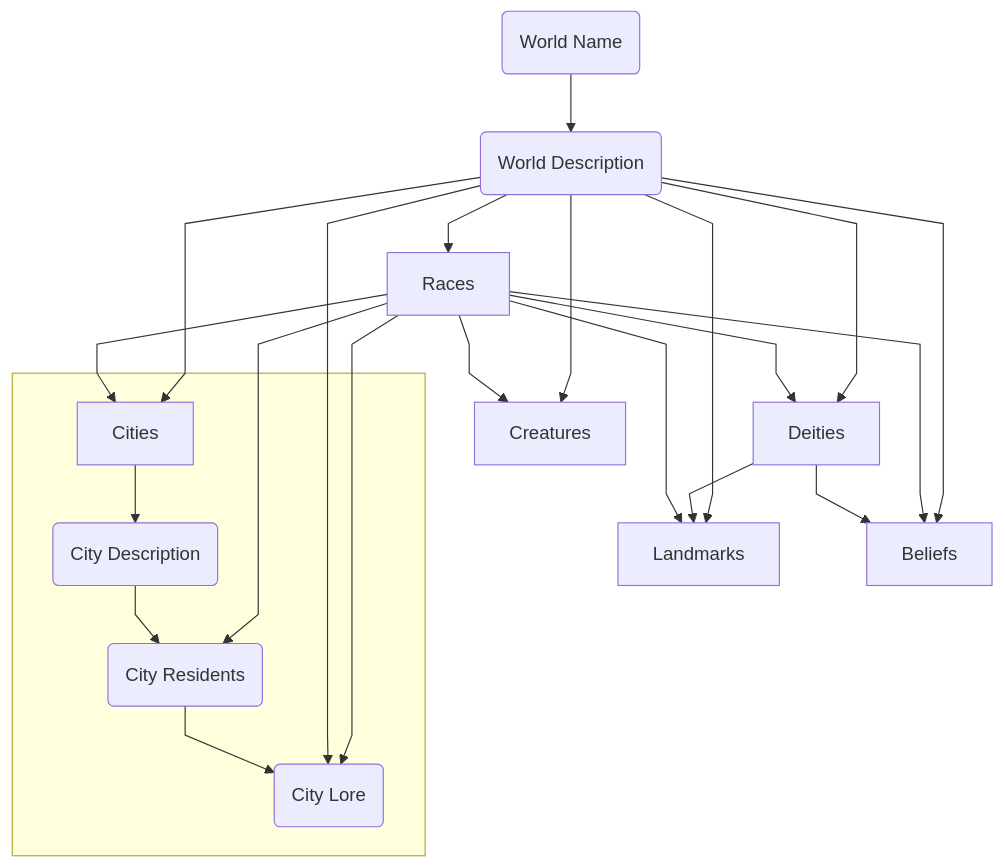
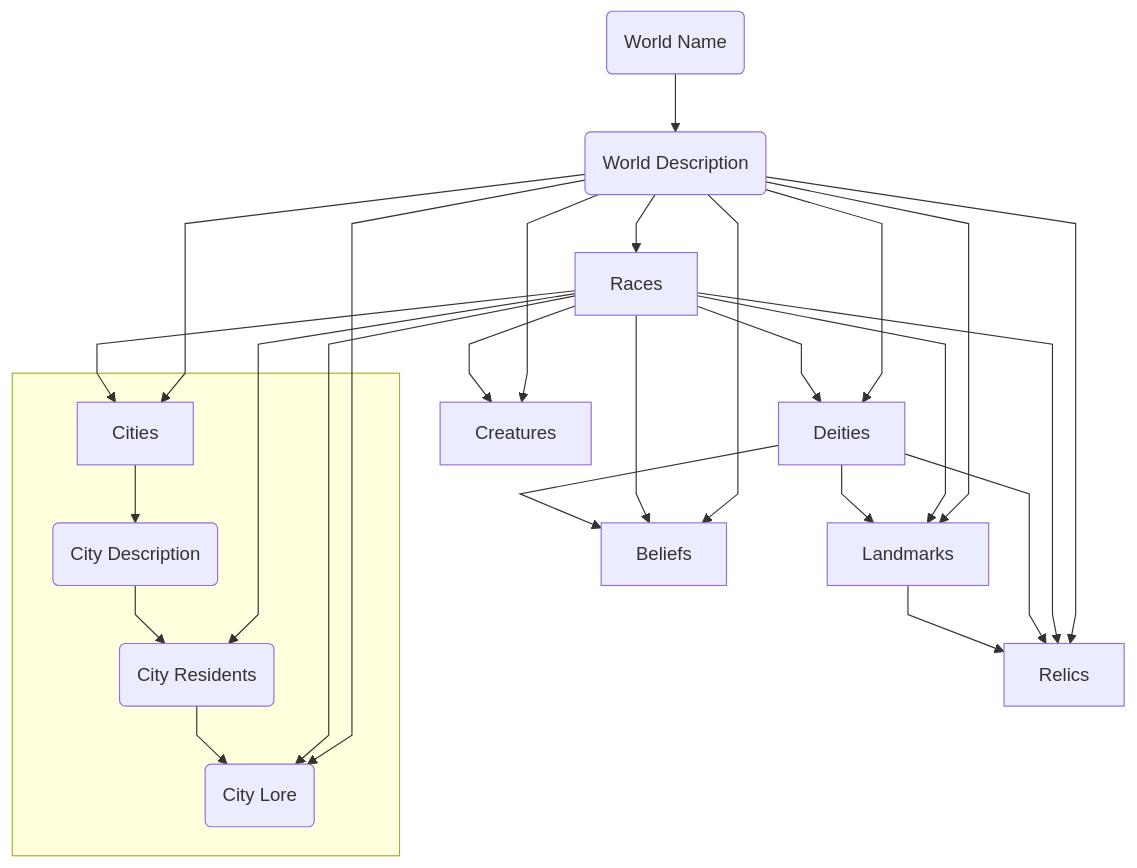
The diagram in README.md (thoppe/mythical-mentor), drawn with Mermaid before and after one commit. The commit also changed 72 other files, not shown here.

````diff
--- a/README.md
+++ b/README.md
@@ -4,30 +4,35 @@
 ```mermaid
 %%{ init : { "theme" : "default", "flowchart" : { "curve" : "linear" }}}%%
 
 flowchart TD
     WName(World Name) --> WorldDesc(World Description)
     WorldDesc --> Races
     WorldDesc --> Creatures
     WorldDesc --> Landmarks
     WorldDesc --> Deities
     WorldDesc --> Cities
     WorldDesc --> Beliefs
+    WorldDesc --> Relics
+    WorldDesc --> CITY3
 
     Races --> Creatures
     Races --> Cities
     Races --> Deities
     Races --> Beliefs
+    Races --> Relics
     Races --> CITY2
     Races --> CITY3
-    WorldDesc --> CITY3
+    Races --> Landmarks
 
     Deities --> Beliefs
     Deities --> Landmarks
-    Races --> Landmarks
+    Deities --> Relics
+
+    Landmarks --> Relics
 
     subgraph city [ ]
       Cities --> CITY1(City Description)
       CITY1 --> CITY2(City Residents)
       CITY2 --> CITY3(City Lore)
     end
 ```
````
